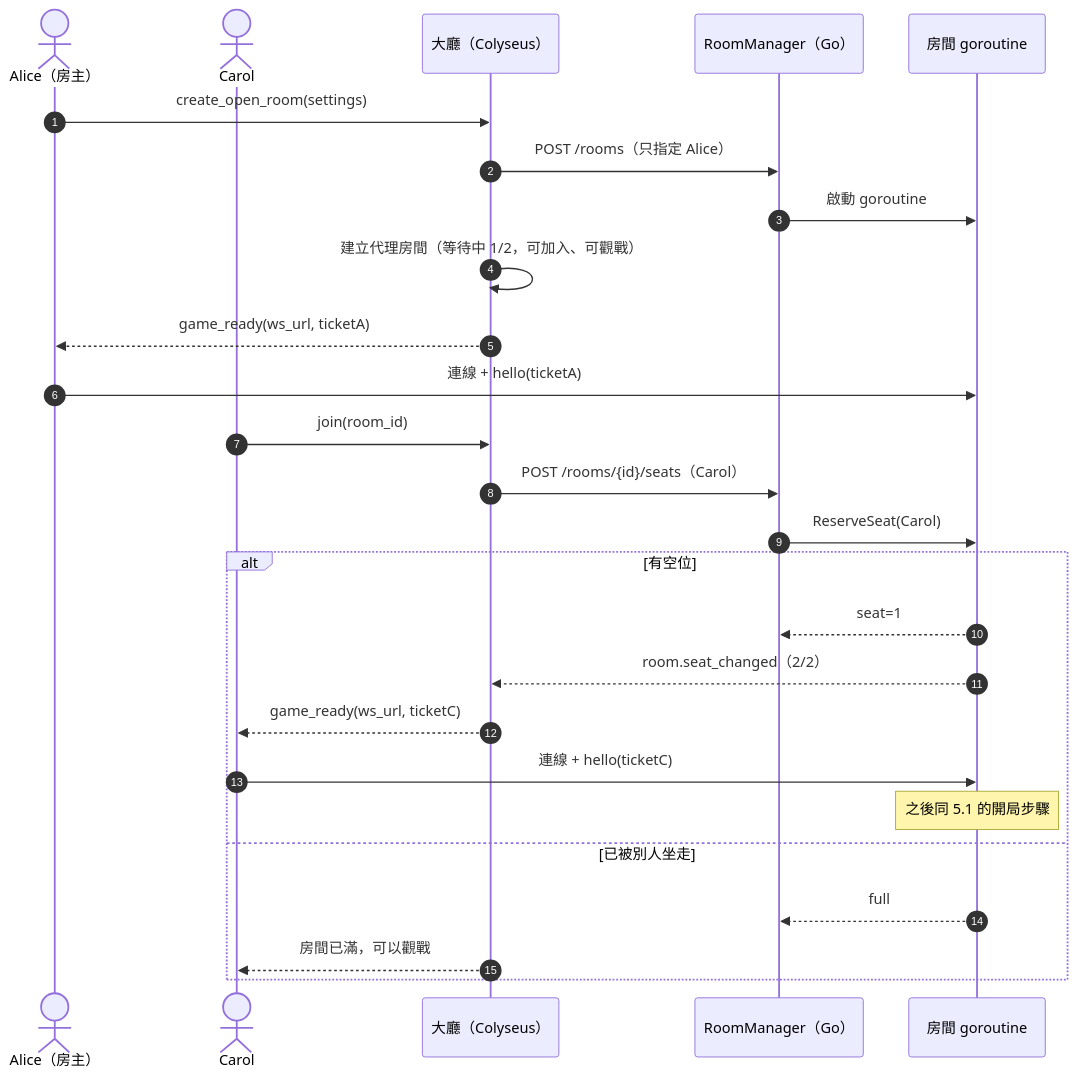
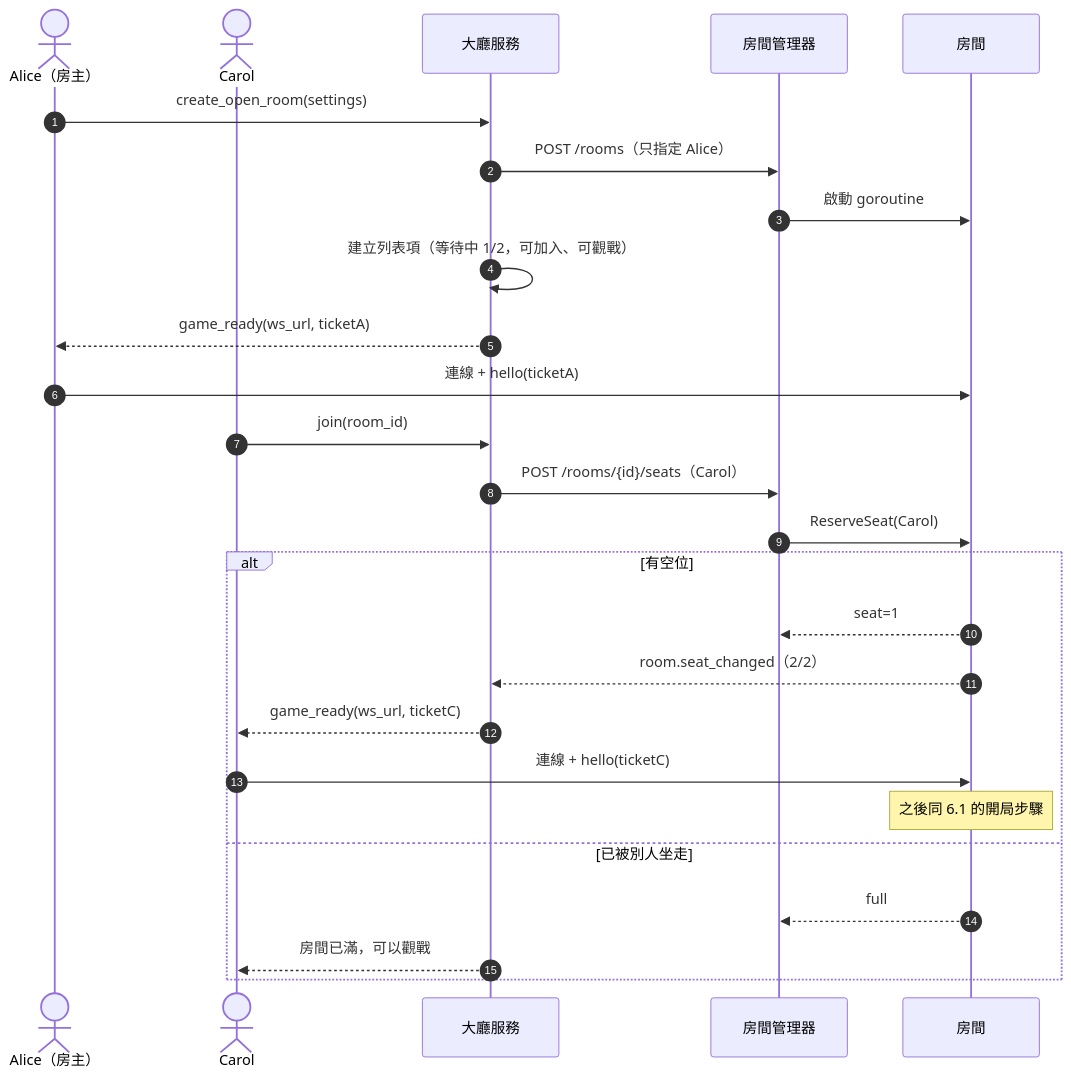
One commit to yshsu0918/yi-arena changed the third of 5 diagrams in docs/arch2.md. Above: the diagram before and after it, drawn with Mermaid. The commit also changed other lines of this file, not shown here.

First line of the commit message:
arch2: unify terms (lobby, room, rules services), timeout decided by receive time with timer generations

````diff
--- a/docs/arch2.md
+++ b/docs/arch2.md
@@ -250,29 +293,29 @@
 ```mermaid
 sequenceDiagram
   autonumber
   actor A as Alice（房主）
   actor C as Carol
-  participant L as 大廳（Colyseus）
-  participant M as RoomManager（Go）
-  participant R as 房間 goroutine
+  participant L as 大廳服務
+  participant M as 房間管理器
+  participant R as 房間
 
   A->>L: create_open_room(settings)
   L->>M: POST /rooms（只指定 Alice）
   M->>R: 啟動 goroutine
-  L->>L: 建立代理房間（等待中 1/2，可加入、可觀戰）
+  L->>L: 建立列表項（等待中 1/2，可加入、可觀戰）
   L-->>A: game_ready(ws_url, ticketA)
   A->>R: 連線 + hello(ticketA)
   C->>L: join(room_id)
   L->>M: POST /rooms/{id}/seats（Carol）
   M->>R: ReserveSeat(Carol)
   alt 有空位
     R-->>M: seat=1
     R-->>L: room.seat_changed（2/2）
     L-->>C: game_ready(ws_url, ticketC)
     C->>R: 連線 + hello(ticketC)
-    Note over R: 之後同 5.1 的開局步驟
+    Note over R: 之後同 6.1 的開局步驟
   else 已被別人坐走
     R-->>M: full
     L-->>C: 房間已滿，可以觀戰
   end
 ```
````
